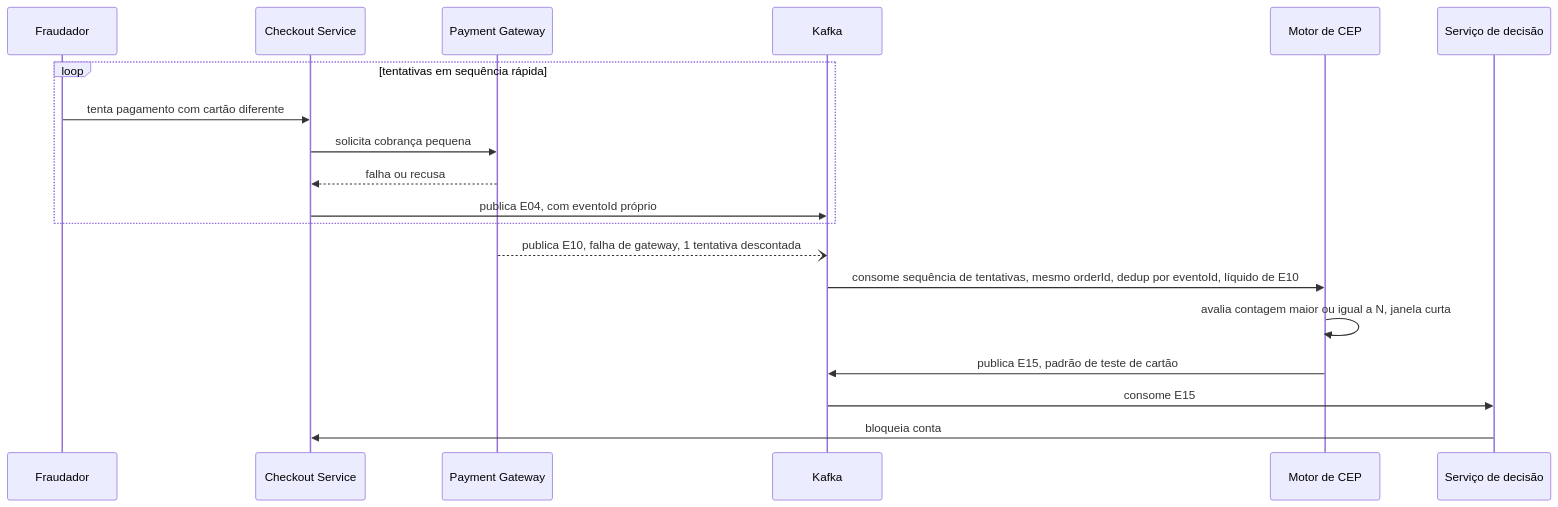
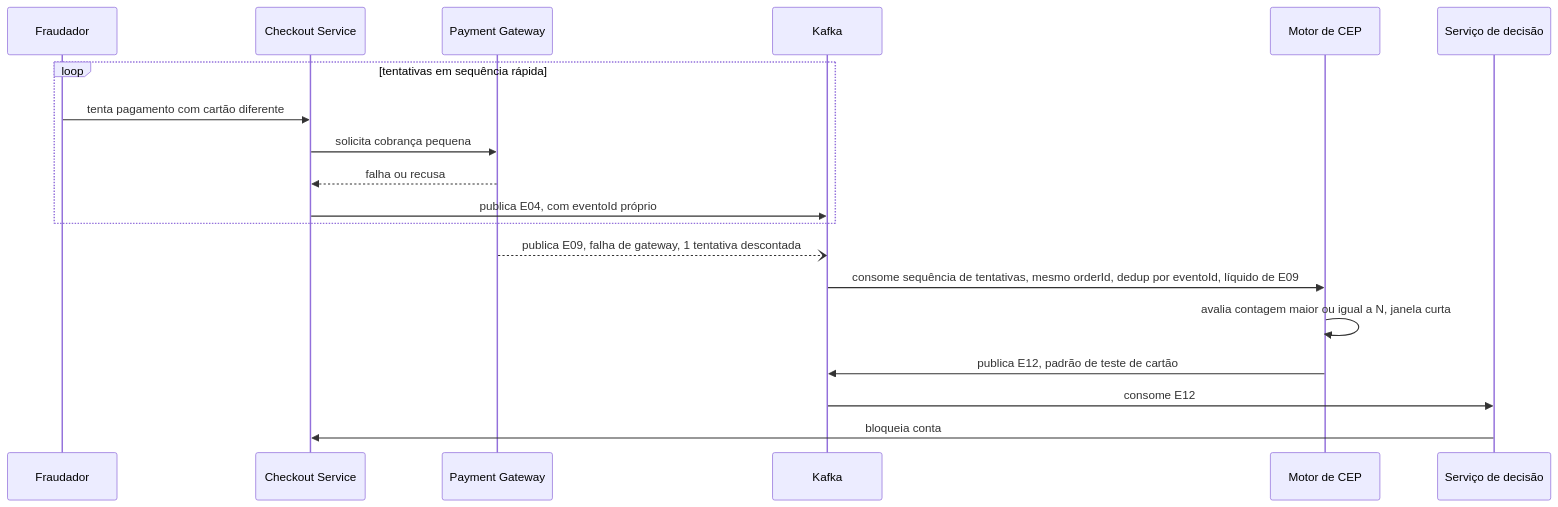
Before and after one commit to AndreLobo1/scsdscd: the sixth of 6 diagrams in ponderada-cep-antifraude.md, drawn with Mermaid. The commit also changed other lines of this file, not shown here.

````diff
--- a/ponderada-cep-antifraude.md
+++ b/ponderada-cep-antifraude.md
@@ -347,22 +345,22 @@
 ```mermaid
 sequenceDiagram
     participant Fraudador
     participant Checkout as Checkout Service
     participant Gateway as Payment Gateway
     participant Kafka
     participant CEP as Motor de CEP
     participant Decisao as Serviço de decisão
 
     loop tentativas em sequência rápida
         Fraudador->>Checkout: tenta pagamento com cartão diferente
         Checkout->>Gateway: solicita cobrança pequena
         Gateway-->>Checkout: falha ou recusa
         Checkout->>Kafka: publica E04, com eventoId próprio
     end
-    Gateway--)Kafka: publica E10, falha de gateway, 1 tentativa descontada
-    Kafka->>CEP: consome sequência de tentativas, mesmo orderId, dedup por eventoId, líquido de E10
+    Gateway--)Kafka: publica E09, falha de gateway, 1 tentativa descontada
+    Kafka->>CEP: consome sequência de tentativas, mesmo orderId, dedup por eventoId, líquido de E09
     CEP->>CEP: avalia contagem maior ou igual a N, janela curta
-    CEP->>Kafka: publica E15, padrão de teste de cartão
-    Kafka->>Decisao: consome E15
+    CEP->>Kafka: publica E12, padrão de teste de cartão
+    Kafka->>Decisao: consome E12
     Decisao->>Checkout: bloqueia conta
 ```
````
